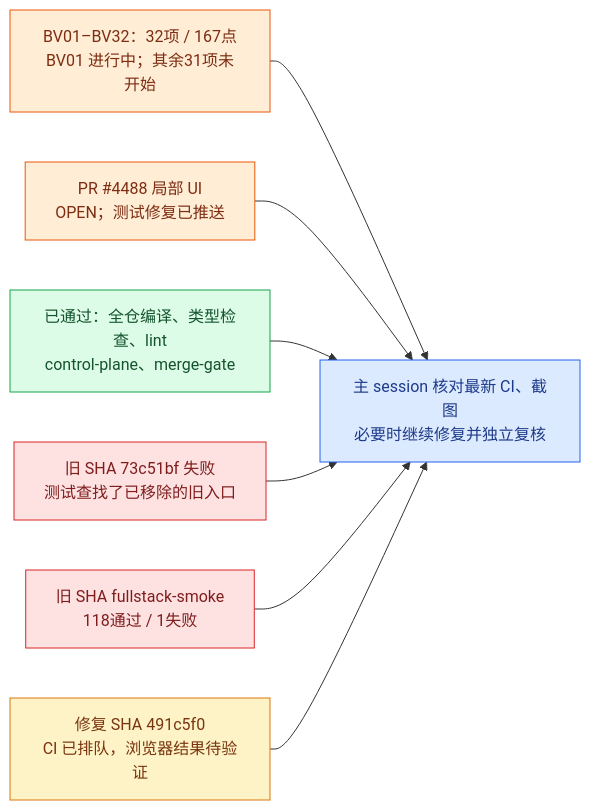
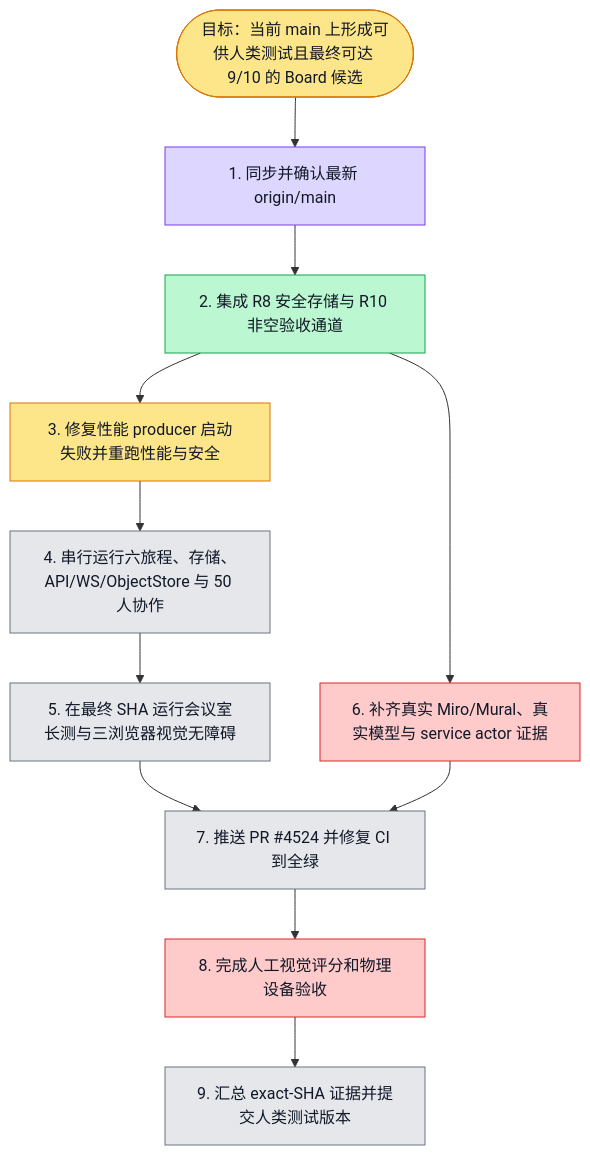
One commit to boardx/workspacex changed the first of 3 diagrams in phases/phase-19-board-visual-workspace/design-deltas/2026-09-26-unified-board-plan.md. Above: the diagram before and after it, drawn with Mermaid. The commit also changed other lines of this file, not shown here.

Commit message:
docs(board): refresh final acceptance execution plan

````diff
--- a/phases/phase-19-board-visual-workspace/design-deltas/2026-09-26-unified-board-plan.md
+++ b/phases/phase-19-board-visual-workspace/design-deltas/2026-09-26-unified-board-plan.md
@@ -27,21 +27,41 @@
 ```mermaid
-flowchart LR
-  A["BV01–BV32：32项 / 167点<br/>BV01 进行中；其余31项未开始"]:::risk
-  B["PR #4488 局部 UI<br/>OPEN；测试修复已推送"]:::risk
-  C["已通过：全仓编译、类型检查、lint<br/>control-plane、merge-gate"]:::done
-  D["旧 SHA 73c51bf 失败<br/>测试查找了已移除的旧入口"]:::fail
-  E["旧 SHA fullstack-smoke<br/>118通过 / 1失败"]:::fail
-  F["修复 SHA 491c5f0<br/>CI 已排队，浏览器结果待验证"]:::wait
-  G["主 session 核对最新 CI、截图<br/>必要时继续修复并独立复核"]:::next
-  A --> G
-  B --> G
-  C --> G
-  D --> G
-  E --> G
-  F --> G
-  classDef done fill:#dcfce7,stroke:#16a34a,color:#14532d
-  classDef wait fill:#fef3c7,stroke:#d97706,color:#78350f
-  classDef fail fill:#fee2e2,stroke:#dc2626,color:#7f1d1d
-  classDef risk fill:#ffedd5,stroke:#ea580c,color:#7c2d12
-  classDef next fill:#dbeafe,stroke:#2563eb,color:#1e3a8a
+flowchart TD
+  G([目标：当前 main 上形成可供人类测试且最终可达 9/10 的 Board 候选])
+  S1[1. 同步并确认最新 origin/main]
+  S2[2. 集成 R8 安全存储与 R10 非空验收通道]
+  S3[3. 修复性能 producer 启动失败并重跑性能与安全]
+  S4[4. 串行运行六旅程、存储、API/WS/ObjectStore 与 50 人协作]
+  S5[5. 在最终 SHA 运行会议室长测与三浏览器视觉无障碍]
+  S6[6. 补齐真实 Miro/Mural、真实模型与 service actor 证据]
+  S7[7. 推送 PR #4524 并修复 CI 到全绿]
+  S8[8. 完成人工视觉评分和物理设备验收]
+  S9[9. 汇总 exact-SHA 证据并提交人类测试版本]
+
+  G --> S1
+  S1 --> S2
+  S2 --> S3
+  S3 --> S4
+  S4 --> S5
+  S2 --> S6
+  S5 --> S7
+  S6 --> S7
+  S7 --> S8
+  S8 --> S9
+
+  classDef todo fill:#e5e7eb,stroke:#6b7280,color:#111827
+  classDef doing fill:#fde68a,stroke:#d97706,color:#111827
+  classDef done fill:#bbf7d0,stroke:#16a34a,color:#111827
+  classDef tested fill:#ddd6fe,stroke:#7c3aed,color:#111827
+  classDef blocked fill:#fecaca,stroke:#dc2626,color:#111827
+
+  class G doing
+  class S1 tested
+  class S2 done
+  class S3 doing
+  class S4 todo
+  class S5 todo
+  class S6 blocked
+  class S7 todo
+  class S8 blocked
+  class S9 todo
 ```
````
